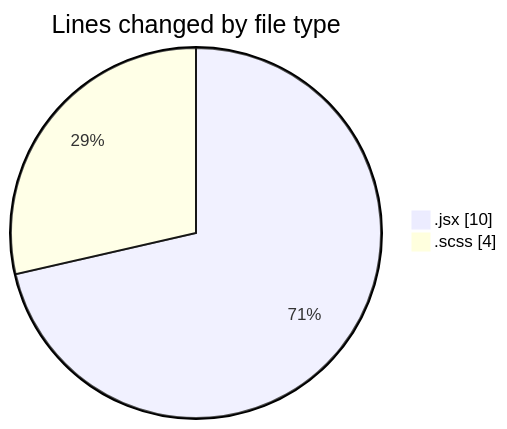
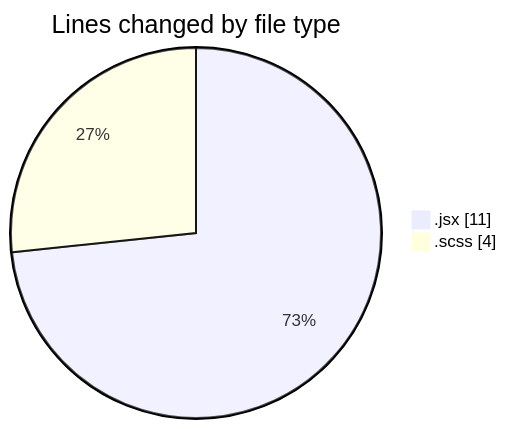
The first of 2 diagrams in 2025-06-04/cda/README.md (momahboobian/code-tracking), drawn with Mermaid before and after one commit. The commit also changed other lines of this file and 1 other file, not shown here.

````diff
--- a/2025-06-04/cda/README.md
+++ b/2025-06-04/cda/README.md
@@ -21,6 +21,6 @@
 ```mermaid
 pie showData
 title Lines changed by file type
-".jsx" : 10
+".jsx" : 11
 ".scss" : 4
 ```
````
